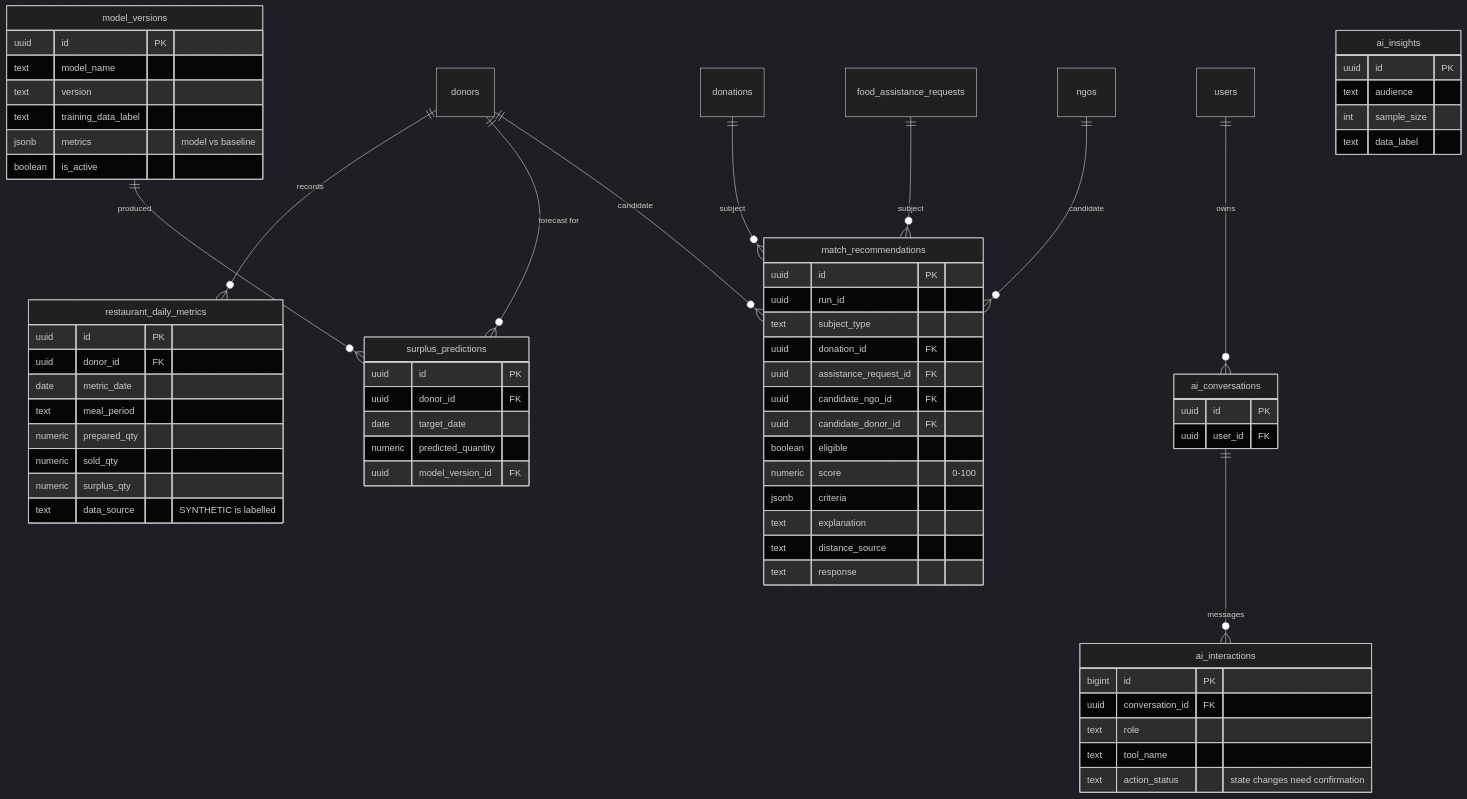
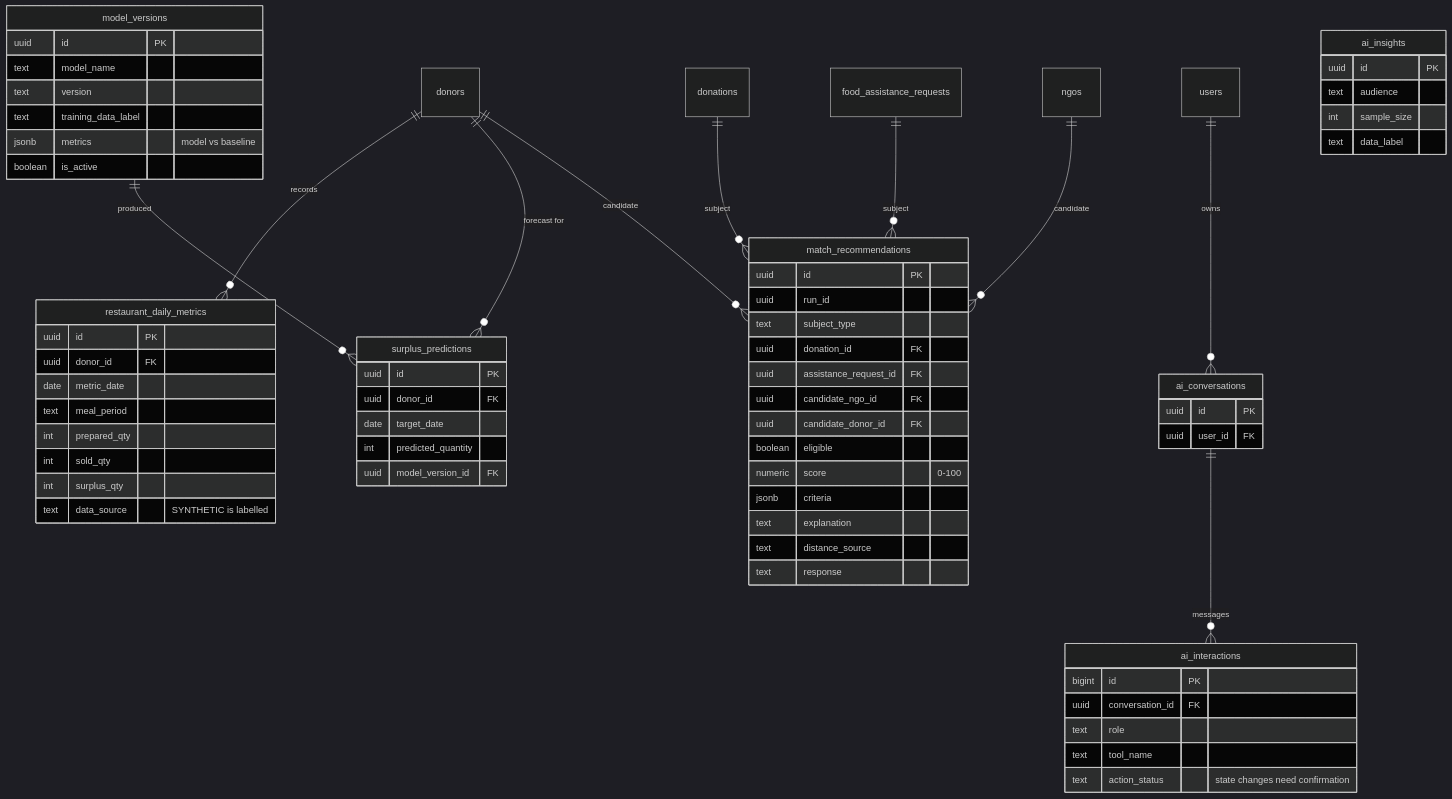
The sixth of 7 diagrams in docs/ER_DIAGRAM.md (sejal0324/Foodbridge), drawn with Mermaid (dark theme) before and after one commit. The commit also changed other lines of this file and 673 other files, not shown here.

````diff
--- a/docs/ER_DIAGRAM.md
+++ b/docs/ER_DIAGRAM.md
@@ -424,70 +414,70 @@
 ```mermaid
 erDiagram
     donors ||--o{ restaurant_daily_metrics : "records"
     donors ||--o{ surplus_predictions : "forecast for"
     model_versions ||--o{ surplus_predictions : "produced"
     donations ||--o{ match_recommendations : "subject"
     food_assistance_requests ||--o{ match_recommendations : "subject"
     ngos ||--o{ match_recommendations : "candidate"
     donors ||--o{ match_recommendations : "candidate"
     users ||--o{ ai_conversations : "owns"
     ai_conversations ||--o{ ai_interactions : "messages"
 
     restaurant_daily_metrics {
         uuid id PK
         uuid donor_id FK
         date metric_date
         text meal_period
-        numeric prepared_qty
-        numeric sold_qty
-        numeric surplus_qty
+        int prepared_qty
+        int sold_qty
+        int surplus_qty
         text data_source "SYNTHETIC is labelled"
     }
     model_versions {
         uuid id PK
         text model_name
         text version
         text training_data_label
         jsonb metrics "model vs baseline"
         boolean is_active
     }
     surplus_predictions {
         uuid id PK
         uuid donor_id FK
         date target_date
-        numeric predicted_quantity
+        int predicted_quantity
         uuid model_version_id FK
     }
     match_recommendations {
         uuid id PK
         uuid run_id
         text subject_type
         uuid donation_id FK
         uuid assistance_request_id FK
         uuid candidate_ngo_id FK
         uuid candidate_donor_id FK
         boolean eligible
         numeric score "0-100"
         jsonb criteria
         text explanation
         text distance_source
         text response
     }
     ai_conversations {
         uuid id PK
         uuid user_id FK
     }
     ai_interactions {
         bigint id PK
         uuid conversation_id FK
         text role
         text tool_name
         text action_status "state changes need confirmation"
     }
     ai_insights {
         uuid id PK
         text audience
         int sample_size
         text data_label
     }
 ```
````
